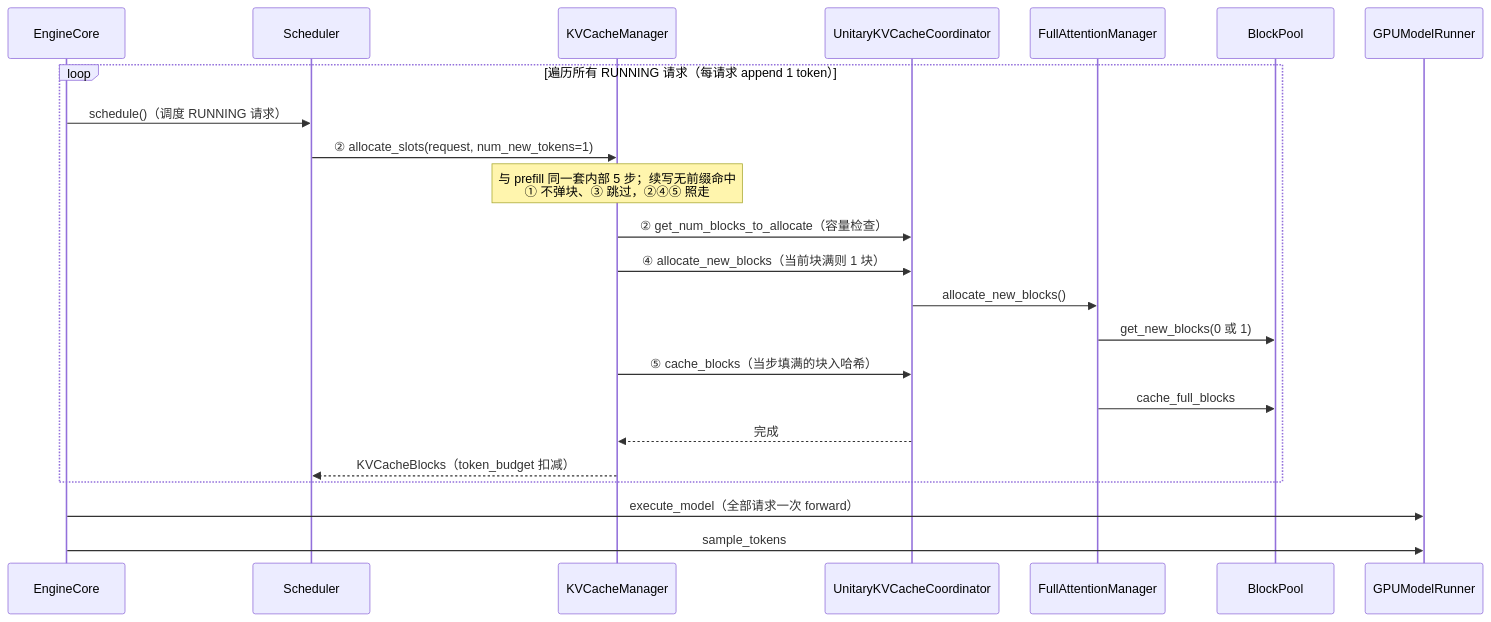
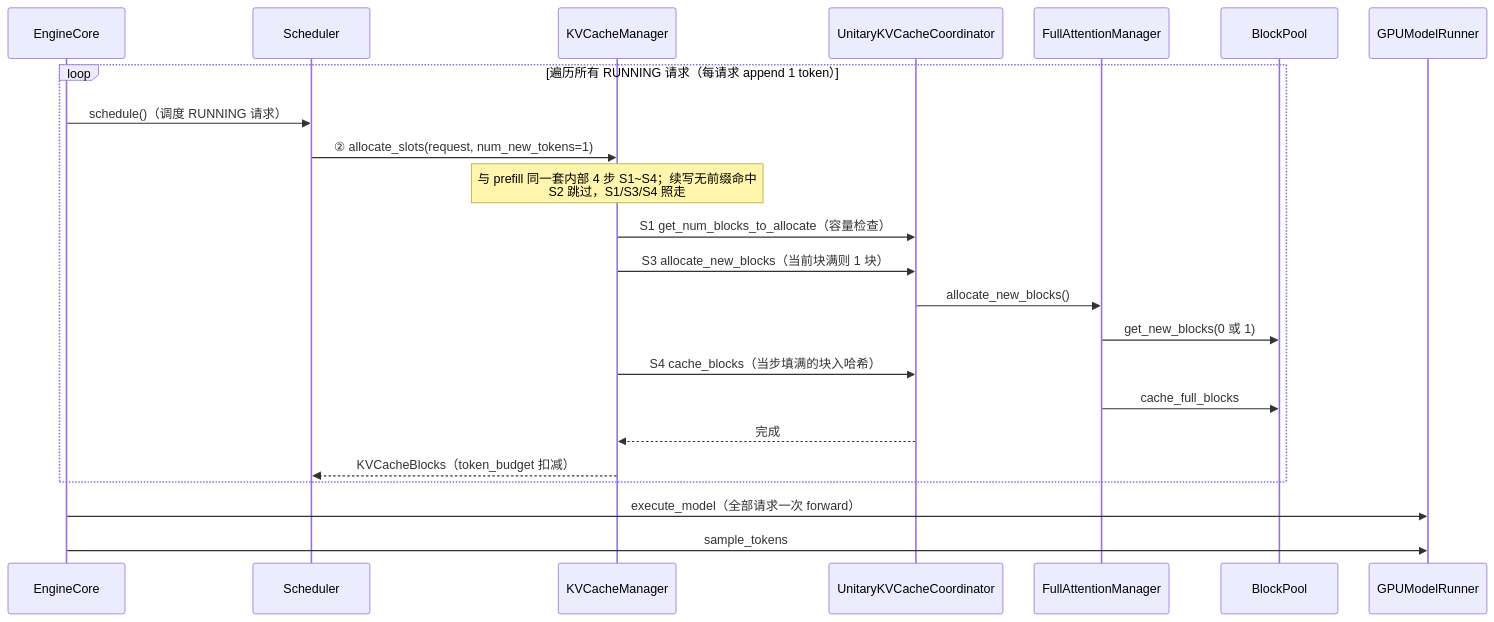
Before and after one commit to GoCHug/vllm: the seventh of 8 diagrams in vllm/v1/core/kvcache_docs/0_end_to_end_sequence.md, drawn with Mermaid. The commit also changed other lines of this file and 2 other files, not shown here.

````diff
--- a/vllm/v1/core/kvcache_docs/0_end_to_end_sequence.md
+++ b/vllm/v1/core/kvcache_docs/0_end_to_end_sequence.md
@@ -404,26 +407,26 @@
 ```mermaid
 %%{init: {"themeVariables": {"actorFontSize": "11px", "messageFontSize": "11px", "noteFontSize": "11px"}, "sequence": {"actorMargin": 40, "messageMargin": 16, "noteMargin": 8, "boxMargin": 8, "mirrorActors": true}}}%%
 sequenceDiagram
     participant EngineCore
     participant Scheduler
     participant KVCacheManager
     participant UnitaryKVCacheCoordinator
     participant FullAttentionManager
     participant BlockPool
     participant GPUModelRunner
     loop 遍历所有 RUNNING 请求（每请求 append 1 token）
         EngineCore->>Scheduler: schedule()（调度 RUNNING 请求）
         Scheduler->>KVCacheManager: ② allocate_slots(request, num_new_tokens=1)
-        Note over KVCacheManager: 与 prefill 同一套内部 5 步；续写无前缀命中<br/>① 不弹块、③ 跳过，②④⑤ 照走
-        KVCacheManager->>UnitaryKVCacheCoordinator: ② get_num_blocks_to_allocate（容量检查）
-        KVCacheManager->>UnitaryKVCacheCoordinator: ④ allocate_new_blocks（当前块满则 1 块）
+        Note over KVCacheManager: 与 prefill 同一套内部 4 步 S1~S4；续写无前缀命中<br/>S2 跳过，S1/S3/S4 照走
+        KVCacheManager->>UnitaryKVCacheCoordinator: S1 get_num_blocks_to_allocate（容量检查）
+        KVCacheManager->>UnitaryKVCacheCoordinator: S3 allocate_new_blocks（当前块满则 1 块）
         UnitaryKVCacheCoordinator->>FullAttentionManager: allocate_new_blocks()
         FullAttentionManager->>BlockPool: get_new_blocks(0 或 1)
-        KVCacheManager->>UnitaryKVCacheCoordinator: ⑤ cache_blocks（当步填满的块入哈希）
+        KVCacheManager->>UnitaryKVCacheCoordinator: S4 cache_blocks（当步填满的块入哈希）
         FullAttentionManager->>BlockPool: cache_full_blocks
         UnitaryKVCacheCoordinator-->>KVCacheManager: 完成
         KVCacheManager-->>Scheduler: KVCacheBlocks（token_budget 扣减）
     end
     EngineCore->>GPUModelRunner: execute_model（全部请求一次 forward）
     EngineCore->>GPUModelRunner: sample_tokens
 ```
````
